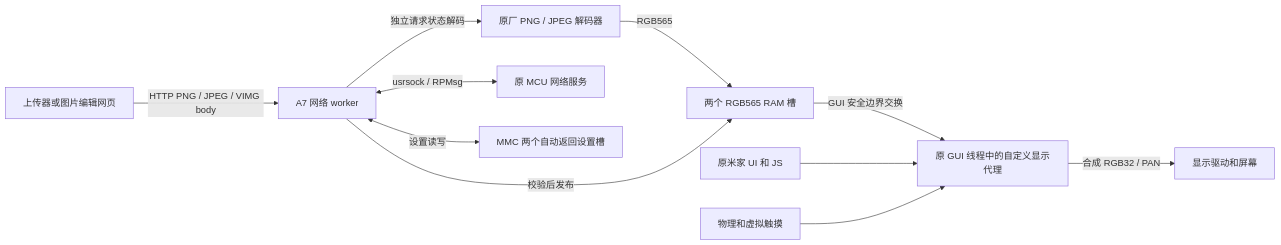
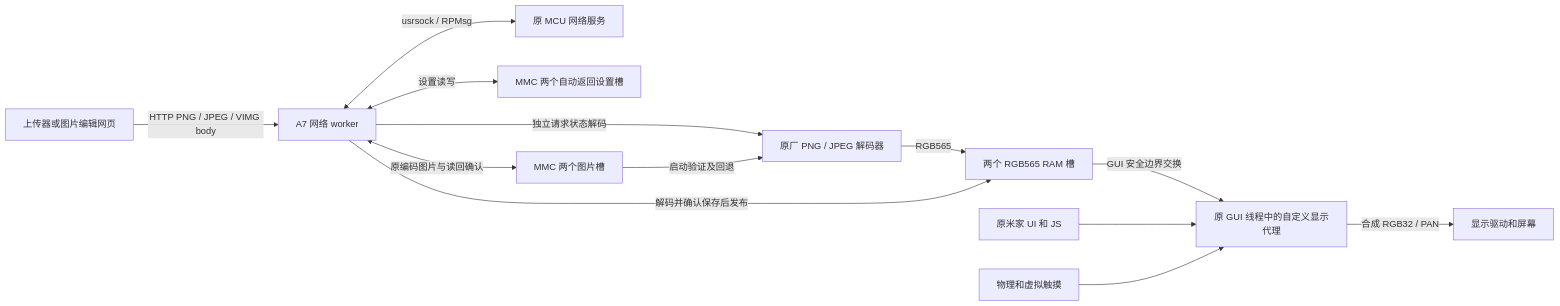
One commit to vilicvane/xiaomi.controller.86v1 changed the diagram in docs/architecture.md. Above: the diagram before and after it, drawn with Mermaid. The commit also changed other lines of this file and 34 other files, not shown here.

````diff
--- a/docs/architecture.md
+++ b/docs/architecture.md
@@ -27,13 +29,15 @@
 ```mermaid
 flowchart LR
     Client[上传器或图片编辑网页] -->|HTTP PNG / JPEG / VIMG body| Worker[A7 网络 worker]
     Worker -->|独立请求状态解码| Codec[原厂 PNG / JPEG 解码器]
     Codec -->|RGB565| Slots[两个 RGB565 RAM 槽]
-    Worker -->|校验后发布| Slots
+    Worker -->|解码并确认保存后发布| Slots
     Slots -->|GUI 安全边界交换| GUI[原 GUI 线程中的自定义显示代理]
     Original[原米家 UI 和 JS] --> GUI
     Touch[物理和虚拟触摸] --> GUI
     GUI -->|合成 RGB32 / PAN| Screen[显示驱动和屏幕]
     Worker <-->|usrsock / RPMsg| MCU[原 MCU 网络服务]
     Worker <-->|设置读写| Settings[MMC 两个自动返回设置槽]
+    Worker <-->|原编码图片与读回确认| Images[MMC 两个图片槽]
+    Images -->|启动验证及回退| Codec
 ```
````
